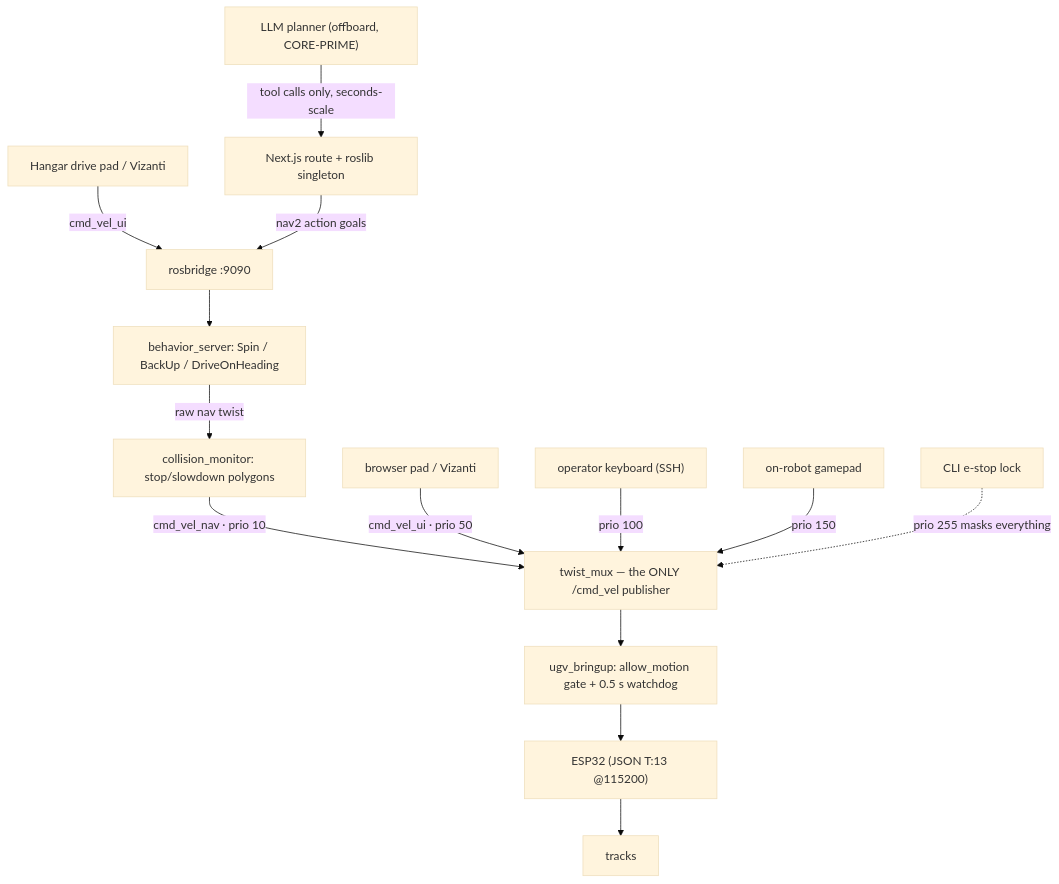
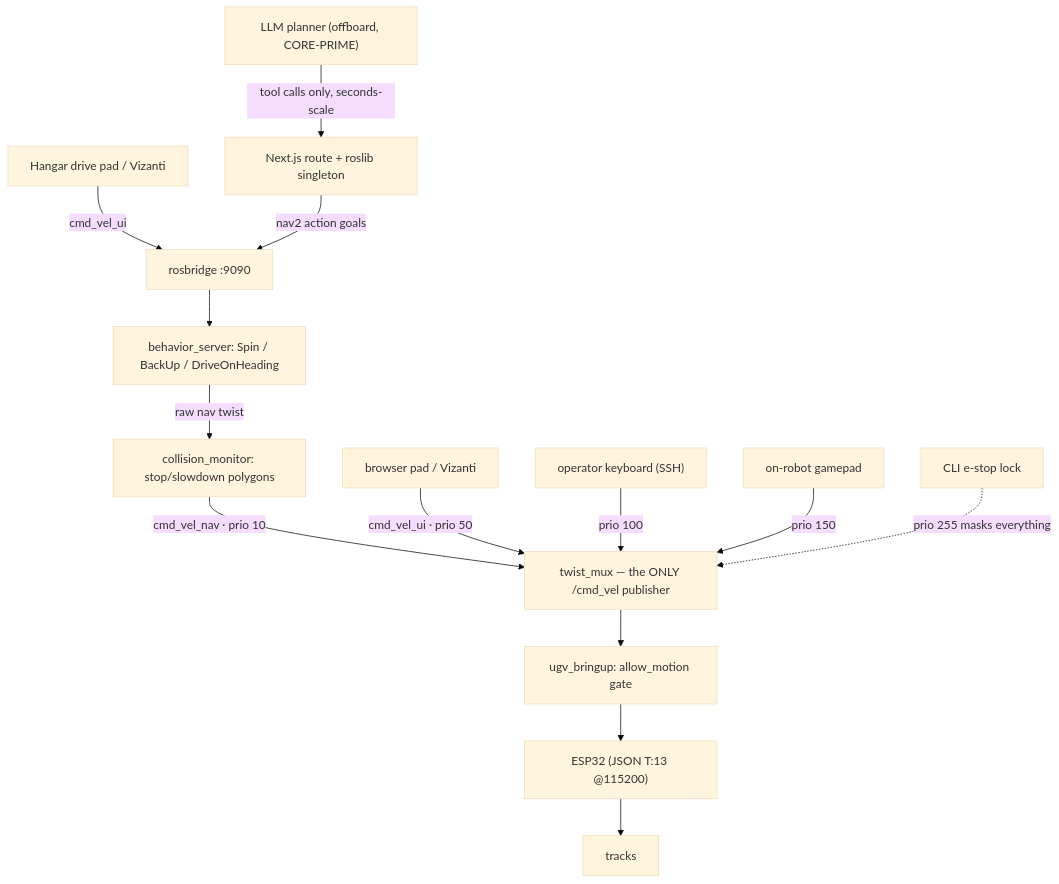
The second of 4 diagrams in docs/beast-control-topology.md (Coldaine/RobotOverview), drawn with Mermaid (base theme) before and after one commit. The commit also changed other lines of this file and 19 other files, not shown here.

````diff
--- a/docs/beast-control-topology.md
+++ b/docs/beast-control-topology.md
@@ -81,16 +81,16 @@
 ```mermaid
 flowchart TB
   LLM["LLM planner (offboard, CORE-PRIME)"] -->|"tool calls only, seconds-scale"| CH["Next.js route + roslib singleton"]
   OPW["Hangar drive pad / Vizanti"] -->|"cmd_vel_ui"| RBX["rosbridge :9090"]
   CH -->|"nav2 action goals"| RBX
   RBX --> BS["behavior_server: Spin / BackUp / DriveOnHeading"]
   BS -->|"raw nav twist"| CM["collision_monitor: stop/slowdown polygons"]
   CM -->|"cmd_vel_nav · prio 10"| MUX["twist_mux — the ONLY /cmd_vel publisher"]
   PAD["browser pad / Vizanti"] -->|"cmd_vel_ui · prio 50"| MUX
   KBD["operator keyboard (SSH)"] -->|"prio 100"| MUX
   JPD["on-robot gamepad"] -->|"prio 150"| MUX
   ES["CLI e-stop lock"] -.->|"prio 255 masks everything"| MUX
-  MUX --> BR["ugv_bringup: allow_motion gate + 0.5 s watchdog"]
+  MUX --> BR["ugv_bringup: allow_motion gate"]
   BR --> ESP["ESP32 (JSON T:13 @115200)"]
   ESP --> TRK["tracks"]
 ```
````
